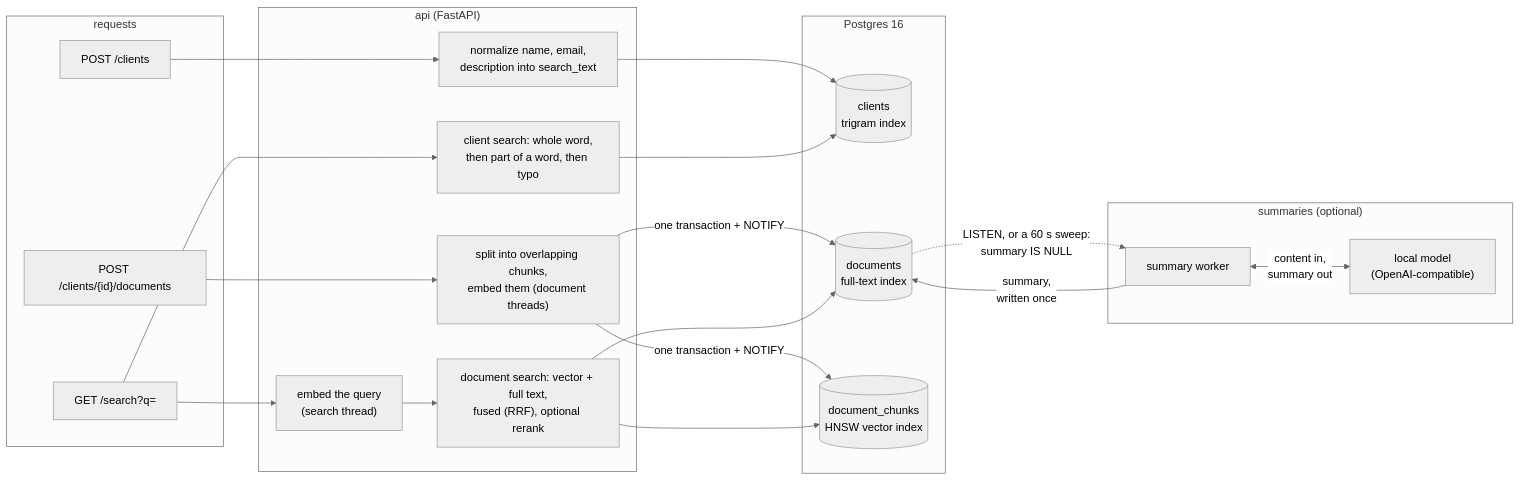
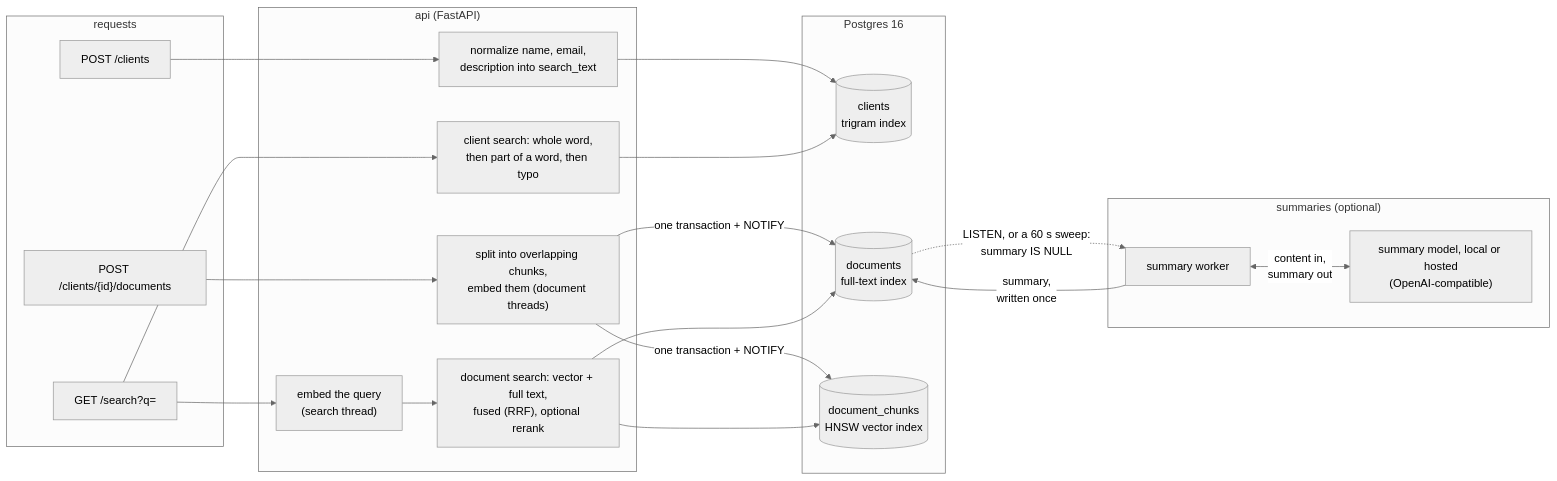
Before and after one commit to oyswork/nevis: the diagram in README.md, drawn with Mermaid (neutral theme). The commit also changed other lines of this file and 13 other files, not shown here.

````diff
--- a/README.md
+++ b/README.md
@@ -166,35 +166,35 @@
 ```mermaid
 flowchart LR
     subgraph requests["requests"]
         post_client["POST /clients"]
         post_document["POST /clients/{id}/documents"]
         get_search["GET /search?q="]
     end
 
     subgraph api["api (FastAPI)"]
         normalize["normalize name, email,<br/>description into search_text"]
         embed_chunks["split into overlapping chunks,<br/>embed them (document threads)"]
         embed_query["embed the query<br/>(search thread)"]
         client_search["client search: whole word,<br/>then part of a word, then typo"]
         document_search["document search: vector + full text,<br/>fused (RRF), optional rerank"]
     end
 
     subgraph postgres["Postgres 16"]
         clients[("clients<br/>trigram index")]
         documents[("documents<br/>full-text index")]
         chunks[("document_chunks<br/>HNSW vector index")]
     end
 
     subgraph summaries["summaries (optional)"]
         worker["summary worker"]
-        model["local model<br/>(OpenAI-compatible)"]
+        model["summary model, local or hosted<br/>(OpenAI-compatible)"]
     end
 
     post_client --> normalize --> clients
     post_document --> embed_chunks -->|"one transaction + NOTIFY"| documents & chunks
     get_search --> client_search --> clients
     get_search --> embed_query --> document_search --> chunks & documents
     documents -.->|"LISTEN, or a 60 s sweep:<br/>summary IS NULL"| worker
     worker <-->|"content in,<br/>summary out"| model
     worker -->|"summary,<br/>written once"| documents
 ```
````
